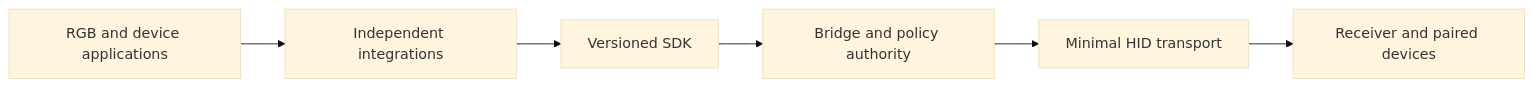
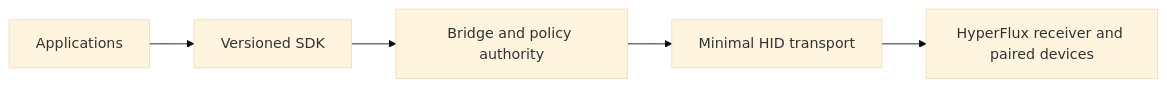
One commit to offalexjackson777-stack/hyperflux-next changed the diagram in README.md. Above: the diagram before and after it, drawn with Mermaid (base theme). The commit also changed other lines of this file and 56 other files, not shown here.

````diff
--- a/README.md
+++ b/README.md
@@ -21,10 +32,7 @@
 ```mermaid
 flowchart LR
-    Apps["RGB and device applications"]
-    Integrations["Independent integrations"]
-    SDK["Versioned SDK"]
-    Bridge["Bridge and policy authority"]
-    Kernel["Minimal HID transport"]
-    Receiver["Receiver and paired devices"]
-    Apps --> Integrations --> SDK --> Bridge --> Kernel --> Receiver
+    Applications["Applications"] --> SDK["Versioned SDK"]
+    SDK --> Bridge["Bridge and policy authority"]
+    Bridge --> Kernel["Minimal HID transport"]
+    Kernel --> Receiver["HyperFlux receiver and paired devices"]
 ```
````
